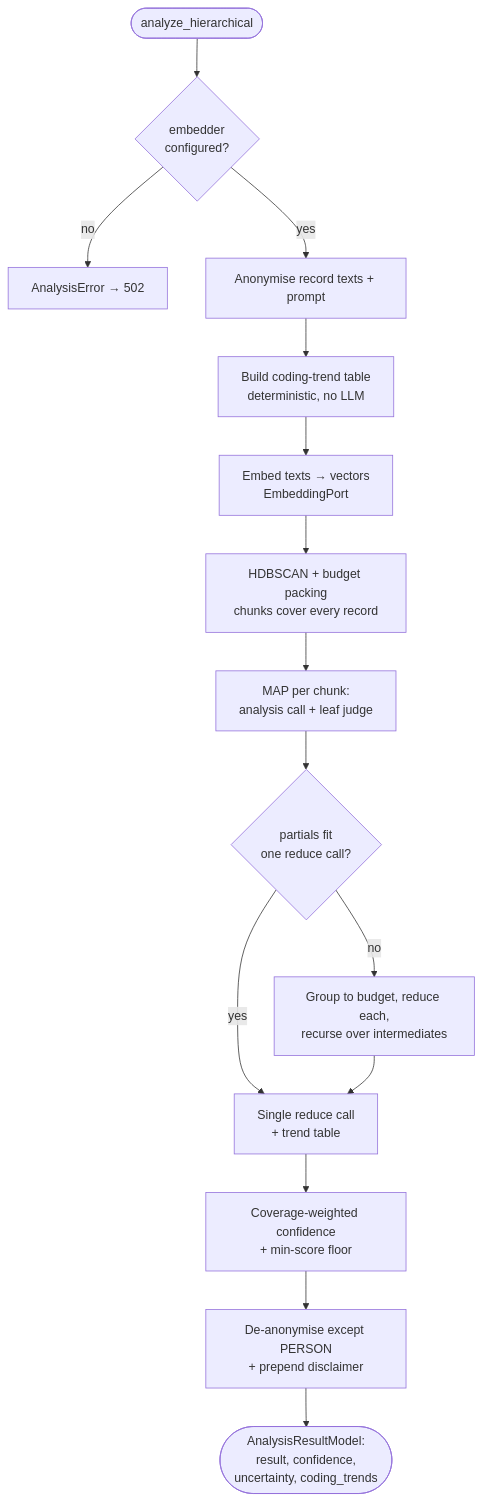
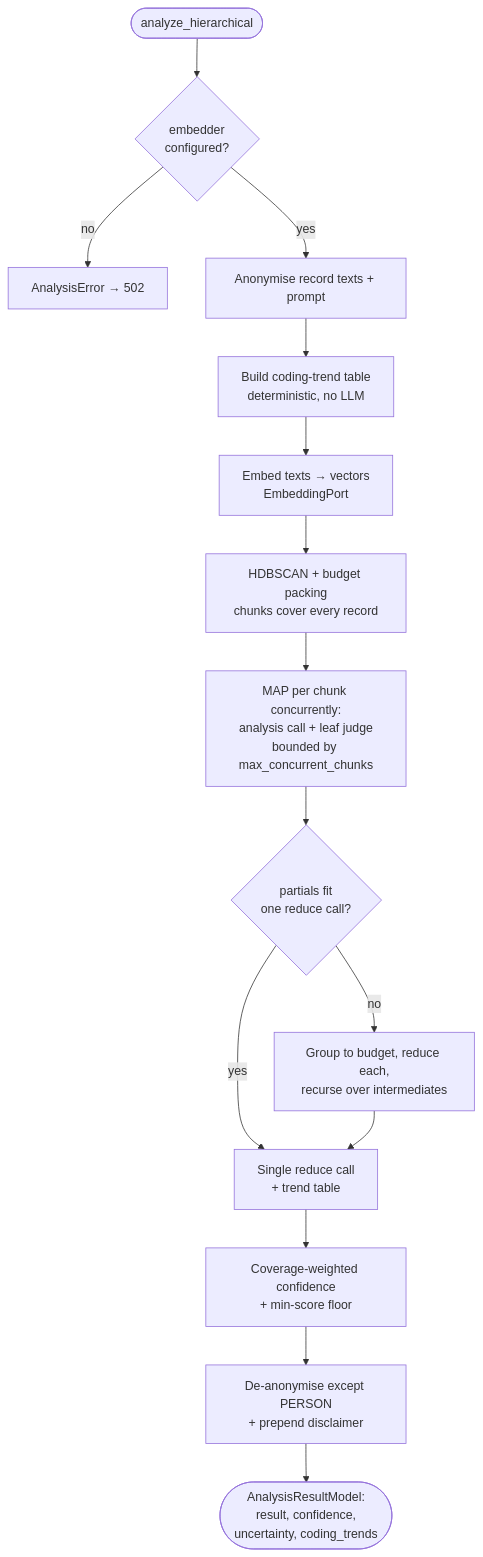
One commit to rodekruis/qualitative-feedback-analysis changed the first of 2 diagrams in docs/architecture/07-hierarchical-analysis.md. Above: the diagram before and after it, drawn with Mermaid. The commit also changed other lines of this file and 3 other files, not shown here.

First line of the commit message:
feat(analyze): time and concurrently map the hierarchical pipeline

````diff
--- a/docs/architecture/07-hierarchical-analysis.md
+++ b/docs/architecture/07-hierarchical-analysis.md
@@ -109,17 +114,17 @@
 ```mermaid
 flowchart TD
     start([analyze_hierarchical]) --> guard{embedder<br/>configured?}
     guard -- no --> err[AnalysisError → 502]
     guard -- yes --> anon[Anonymise record texts + prompt]
     anon --> trend[Build coding-trend table<br/>deterministic, no LLM]
     trend --> embed[Embed texts → vectors<br/>EmbeddingPort]
     embed --> cluster[HDBSCAN + budget packing<br/>chunks cover every record]
-    cluster --> map[MAP per chunk:<br/>analysis call + leaf judge]
+    cluster --> map[MAP per chunk concurrently:<br/>analysis call + leaf judge<br/>bounded by max_concurrent_chunks]
     map --> fits{partials fit<br/>one reduce call?}
     fits -- yes --> synth[Single reduce call<br/>+ trend table]
     fits -- no --> tree[Group to budget, reduce each,<br/>recurse over intermediates]
     tree --> synth
     synth --> conf[Coverage-weighted confidence<br/>+ min-score floor]
     conf --> deanon[De-anonymise except PERSON<br/>+ prepend disclaimer]
     deanon --> out([AnalysisResultModel:<br/>result, confidence,<br/>uncertainty, coding_trends])
 ```
````
